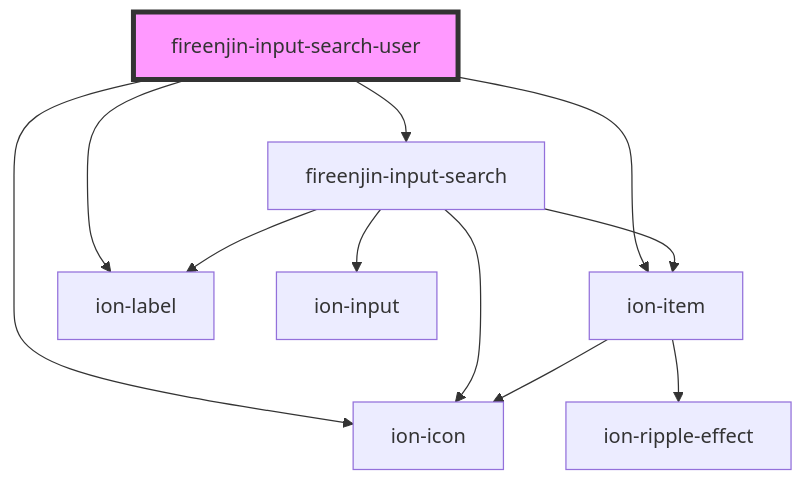
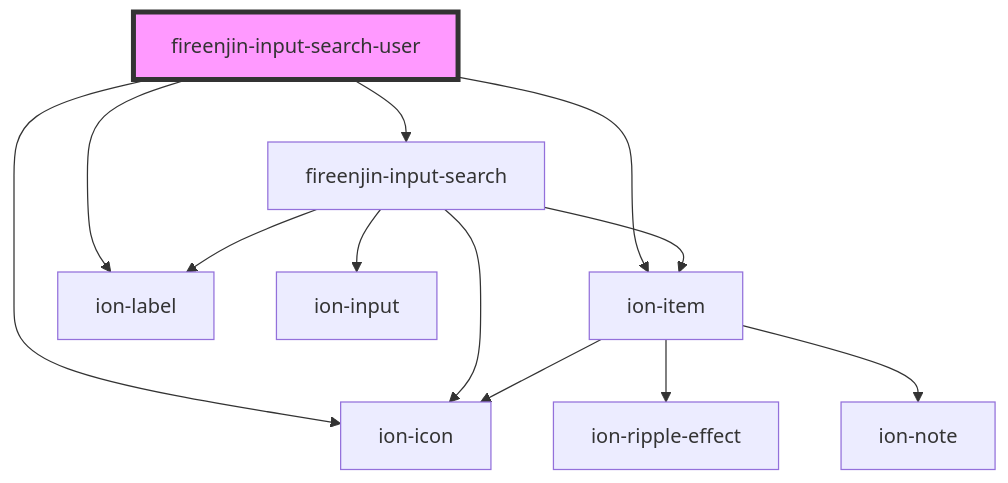
The diagram in src/components/input-search-user/readme.md (FireEnjin/Components), drawn with Mermaid before and after one commit. The commit also changed 17 other files, not shown here.

````diff
--- a/src/components/input-search-user/readme.md
+++ b/src/components/input-search-user/readme.md
@@ -48,14 +48,15 @@
 ```mermaid
 graph TD;
   fireenjin-input-search-user --> fireenjin-input-search
   fireenjin-input-search-user --> ion-item
   fireenjin-input-search-user --> ion-label
   fireenjin-input-search-user --> ion-icon
   fireenjin-input-search --> ion-item
   fireenjin-input-search --> ion-icon
   fireenjin-input-search --> ion-label
   fireenjin-input-search --> ion-input
   ion-item --> ion-icon
   ion-item --> ion-ripple-effect
+  ion-item --> ion-note
   style fireenjin-input-search-user fill:#f9f,stroke:#333,stroke-width:4px
 ```
````
